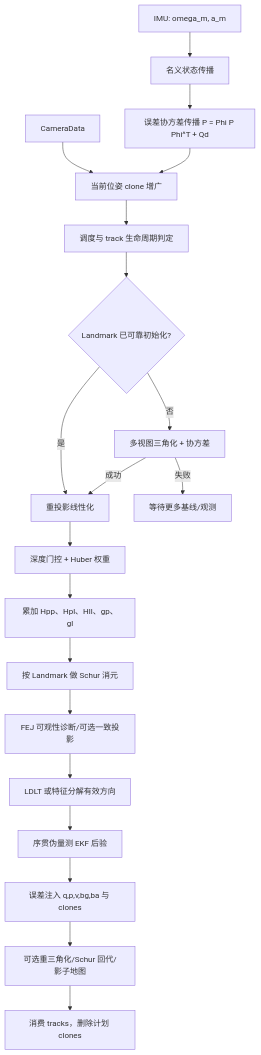
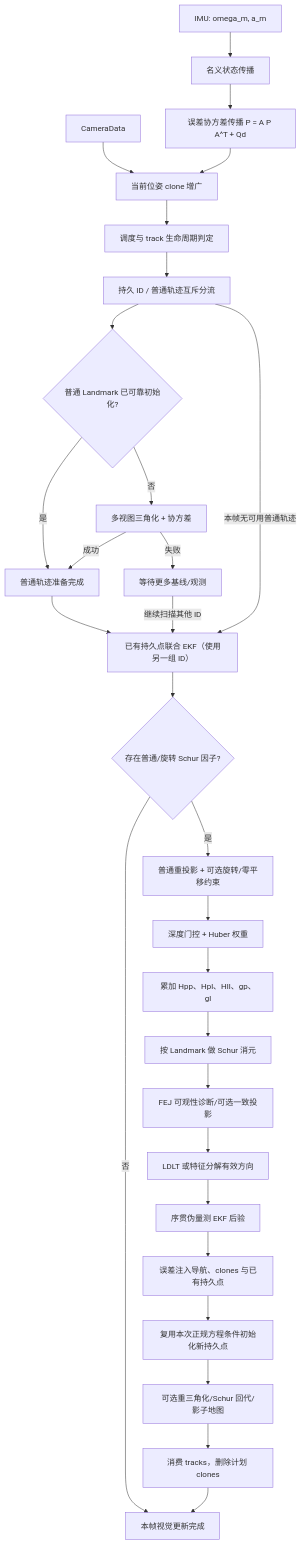
Before and after one commit to CainHu/SchurVIO: the first of 2 diagrams in docs/MATHEMATICAL_PIPELINE.md, drawn with Mermaid. The commit also changed other lines of this file and 26 other files, not shown here.

````diff
--- a/docs/MATHEMATICAL_PIPELINE.md
+++ b/docs/MATHEMATICAL_PIPELINE.md
@@ -43,22 +62,31 @@
 ```mermaid
 flowchart TD
     IMU["IMU: omega_m, a_m"] --> PROP["名义状态传播"]
-    PROP --> COV["误差协方差传播 P = Phi P Phi^T + Qd"]
+    PROP --> COV["误差协方差传播 P = A P A^T + Qd"]
     CAM["CameraData"] --> AUG["当前位姿 clone 增广"]
     COV --> AUG
     AUG --> SCHED["调度与 track 生命周期判定"]
-    SCHED --> TRI{"Landmark 已可靠初始化?"}
+    SCHED --> SPLIT["持久 ID / 普通轨迹互斥分流"]
+    SPLIT --> TRI{"普通 Landmark 已可靠初始化?"}
     TRI -->|否| INIT["多视图三角化 + 协方差"]
-    TRI -->|是| LIN["重投影线性化"]
-    INIT -->|成功| LIN
+    TRI -->|是| READY["普通轨迹准备完成"]
+    INIT -->|成功| READY
     INIT -->|失败| WAIT["等待更多基线/观测"]
+    READY --> PERSIST["已有持久点联合 EKF（使用另一组 ID）"]
+    WAIT -->|继续扫描其他 ID| PERSIST
+    SPLIT -->|本帧无可用普通轨迹| PERSIST
+    PERSIST --> MORE{"存在普通/旋转 Schur 因子?"}
+    MORE -->|否| DONE["本帧视觉更新完成"]
+    MORE -->|是| LIN["普通重投影 + 可选旋转/零平移约束"]
     LIN --> ROB["深度门控 + Huber 权重"]
     ROB --> NORMAL["累加 Hpp、Hpl、Hll、gp、gl"]
     NORMAL --> SCHUR["按 Landmark 做 Schur 消元"]
     SCHUR --> OC["FEJ 可观性诊断/可选一致投影"]
     OC --> FACT["LDLT 或特征分解有效方向"]
     FACT --> EKF["序贯伪量测 EKF 后验"]
-    EKF --> INJECT["误差注入 q,p,v,bg,ba 与 clones"]
-    INJECT --> MAP["可选重三角化/Schur 回代/影子地图"]
+    EKF --> INJECT["误差注入导航、clones 与已有持久点"]
+    INJECT --> PROMOTE["复用本次正规方程条件初始化新持久点"]
+    PROMOTE --> MAP["可选重三角化/Schur 回代/影子地图"]
     MAP --> CLEAN["消费 tracks，删除计划 clones"]
+    CLEAN --> DONE
 ```
````
